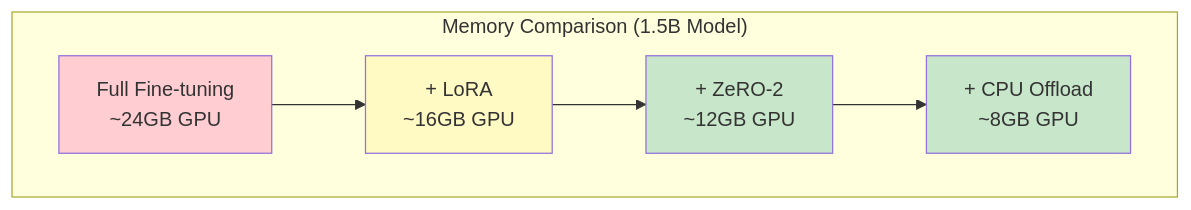
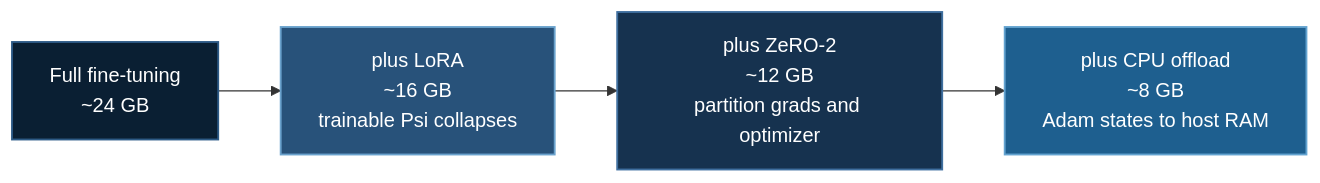
The fifth of 5 diagrams in docusaurus-docs/docs/tutorials/huggingface/grpo-training.md (yiqiao-yin/deepspeed-course), drawn with Mermaid before and after one commit. The commit also changed other lines of this file and 12 other files, not shown here.

````diff
--- a/docusaurus-docs/docs/tutorials/huggingface/grpo-training.md
+++ b/docusaurus-docs/docs/tutorials/huggingface/grpo-training.md
@@ -637,16 +549,18 @@
 ```mermaid
-graph TB
-    subgraph "Memory Comparison (1.5B Model)"
-        FULL["Full Fine-tuning<br/>~24GB GPU"]
-        LORA["+ LoRA<br/>~16GB GPU"]
-        ZERO["+ ZeRO-2<br/>~12GB GPU"]
-        OFFLOAD["+ CPU Offload<br/>~8GB GPU"]
-    end
+flowchart LR
+    FULL["Full fine-tuning<br/>~24 GB"]
+    LORA["plus LoRA<br/>~16 GB<br/>trainable Psi collapses"]
+    ZERO["plus ZeRO-2<br/>~12 GB<br/>partition grads and optimizer"]
+    OFF["plus CPU offload<br/>~8 GB<br/>Adam states to host RAM"]
 
-    FULL --> LORA --> ZERO --> OFFLOAD
+    FULL --> LORA --> ZERO --> OFF
 
-    style FULL fill:#ffcdd2
-    style LORA fill:#fff9c4
-    style ZERO fill:#c8e6c9
-    style OFFLOAD fill:#c8e6c9
+    classDef dark fill:#0a1f33,stroke:#2d5a86,stroke-width:1.5px,color:#ffffff
+    classDef steel fill:#28527a,stroke:#6aa2cd,stroke-width:1.5px,color:#ffffff
+    classDef base fill:#16324f,stroke:#3f6f9f,stroke-width:1.5px,color:#ffffff
+    classDef bright fill:#1e5f8f,stroke:#63a3d0,stroke-width:1.5px,color:#ffffff
+    class FULL dark
+    class LORA steel
+    class ZERO base
+    class OFF bright
 ```
````
